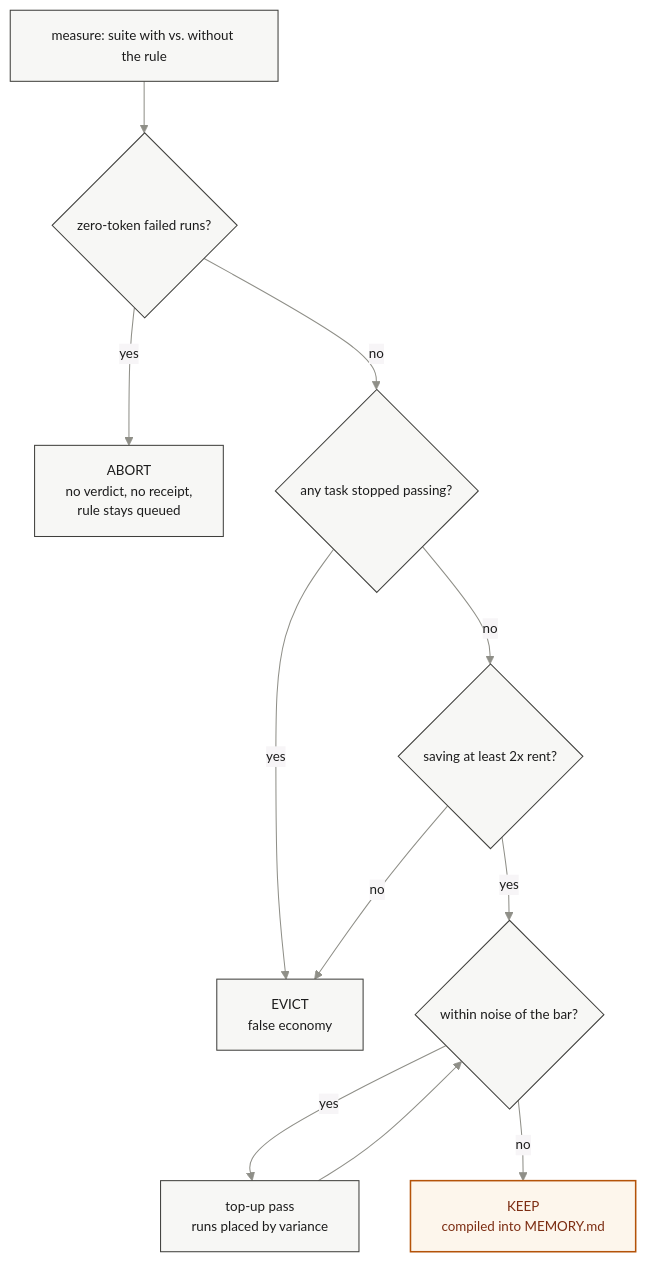
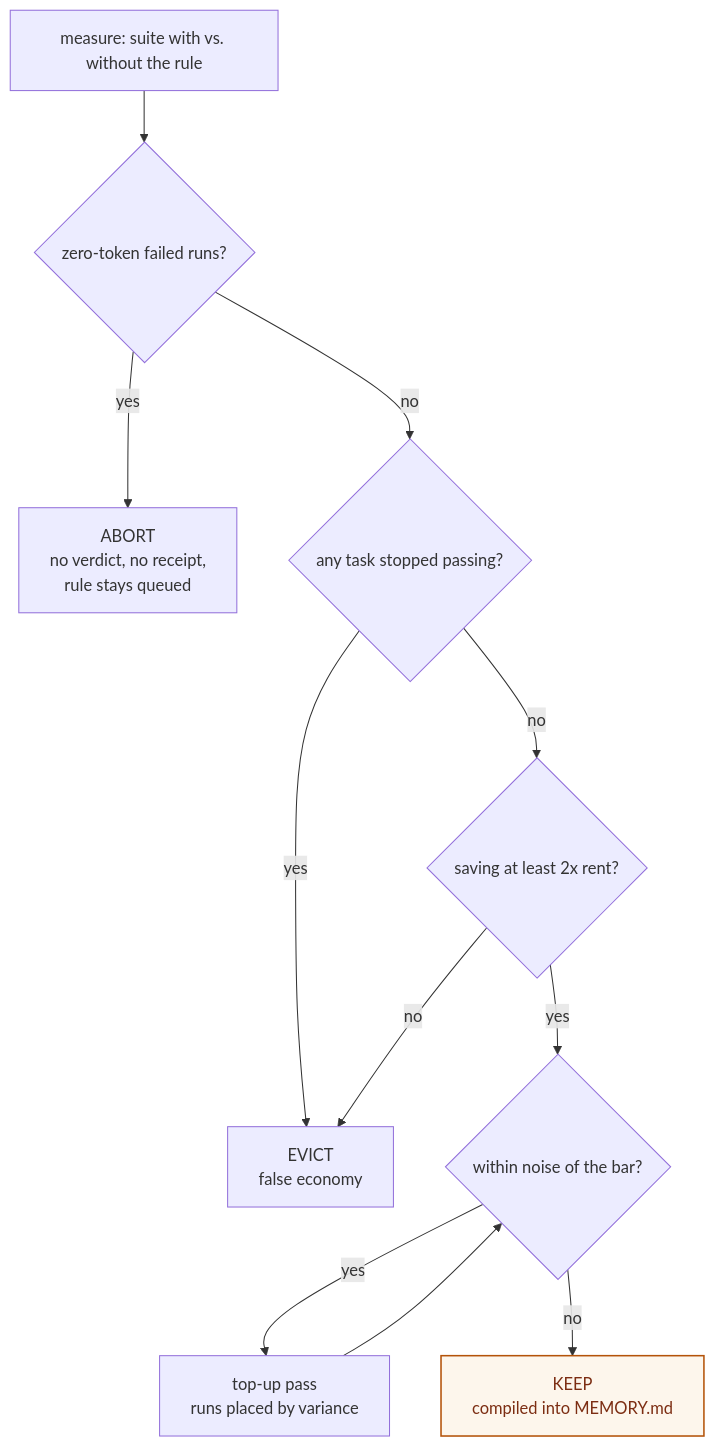
Before and after one commit to vukkt/token-warden: the diagram in README.md, drawn with Mermaid. The commit also changed other lines of this file, not shown here.

First line of the commit message:
docs: make the README diagrams actually render

````diff
--- a/README.md
+++ b/README.md
@@ -38,16 +38,15 @@
 ```mermaid
-%%{init: {"theme":"base","themeVariables":{"fontFamily":"ui-monospace, SFMono-Regular, Menlo, monospace","fontSize":"13px","primaryColor":"#f7f7f5","primaryTextColor":"#1c1c1c","primaryBorderColor":"#3f3f3c","lineColor":"#8f8f88","textColor":"#1c1c1c"}}}%%
 flowchart TD
     M["measure: suite with vs. without the rule"] --> Q1{"zero-token failed runs?"}
     Q1 -->|"yes"| AB["ABORT<br/>no verdict, no receipt,<br/>rule stays queued"]
     Q1 -->|"no"| Q2{"any task stopped passing?"}
     Q2 -->|"yes"| EV["EVICT<br/>false economy"]
     Q2 -->|"no"| Q3{"saving at least 2x rent?"}
     Q3 -->|"no"| EV
     Q3 -->|"yes"| Q4{"within noise of the bar?"}
     Q4 -->|"yes"| TU["top-up pass<br/>runs placed by variance"] --> Q4
     Q4 -->|"no"| KP["KEEP<br/>compiled into MEMORY.md"]
 
     classDef accent fill:#fdf6ec,stroke:#b45309,stroke-width:1.5px,color:#7c2d12;
     class KP accent;
 ```
````
